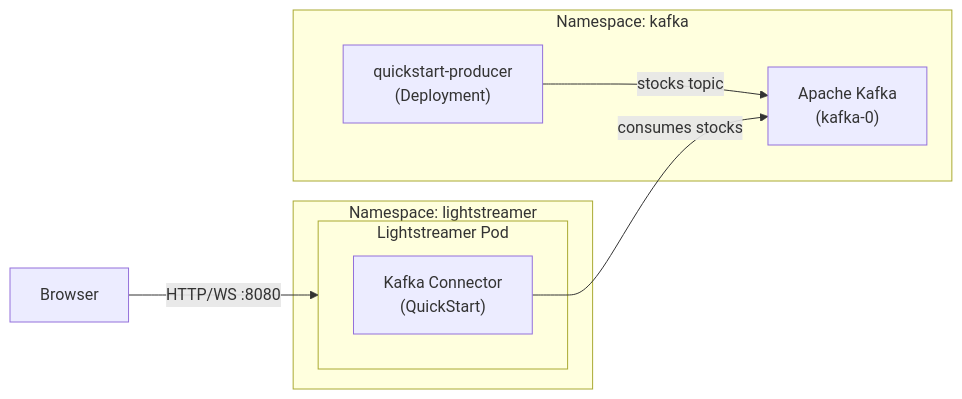
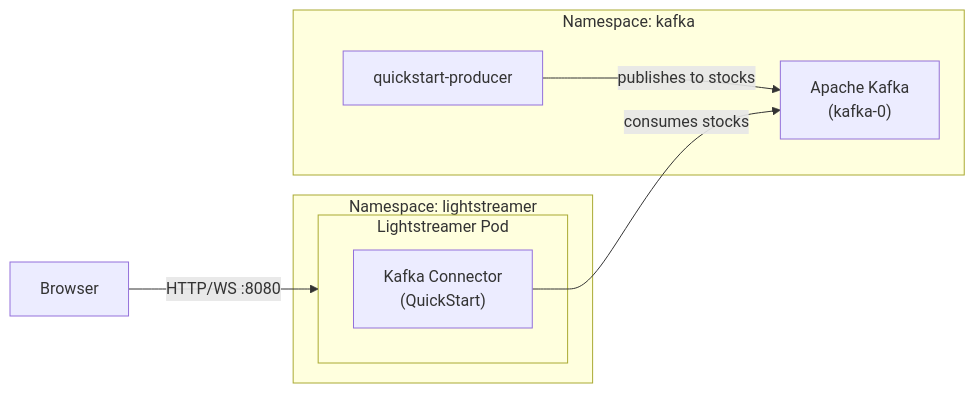
One commit to Lightstreamer/helm-charts changed the diagram in examples/kafka-connector/README.md. Above: the diagram before and after it, drawn with Mermaid.

Commit message:
Update Kafka Connector README to clarify producer role in stock topic publishing

````diff
--- a/examples/kafka-connector/README.md
+++ b/examples/kafka-connector/README.md
@@ -7,15 +7,15 @@
 ```mermaid
 flowchart LR
   subgraph kafka-ns["Namespace: kafka"]
-    P["quickstart-producer\n(Deployment)"]
+    P["quickstart-producer"]
     K["Apache Kafka\n(kafka-0)"]
   end
   subgraph ls-ns["Namespace: lightstreamer"]
     subgraph Pod["Lightstreamer Pod"]
       KC["Kafka Connector\n(QuickStart)"]
     end
   end
   B["Browser"] -- "HTTP/WS :8080" --> Pod
-  P -- "stocks topic" --> K
+  P -- "publishes to stocks" --> K
   KC -- "consumes stocks" --> K
 ```
````
